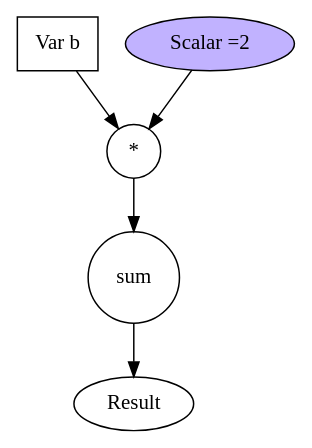
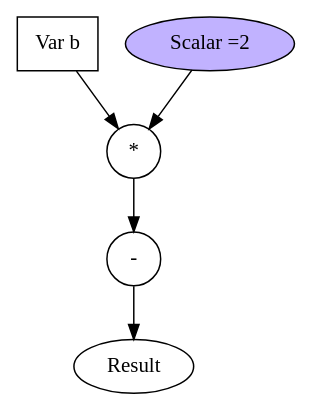
Before and after one commit to praisethemoon/cgraph: the diagram in lua/sum.dot, drawn with Graphviz. The commit also changed 6 other files, not shown here.

```diff
--- a/lua/sum.dot
+++ b/lua/sum.dot
@@ -1,10 +1,10 @@
 digraph sum{
-	1 [label="sum", shape=circle];
+	1 [label="-", shape=circle];
 	2 [label="*", shape=circle];
 	3 [label="Var b", shape=box];
 	4 [label="Scalar =2", style="filled", fillcolor=".7 .3 1.0"];
 	1 -> Result ;
 	2 -> 1;
 	3 -> 2;
 	4 -> 2;
 }
```
